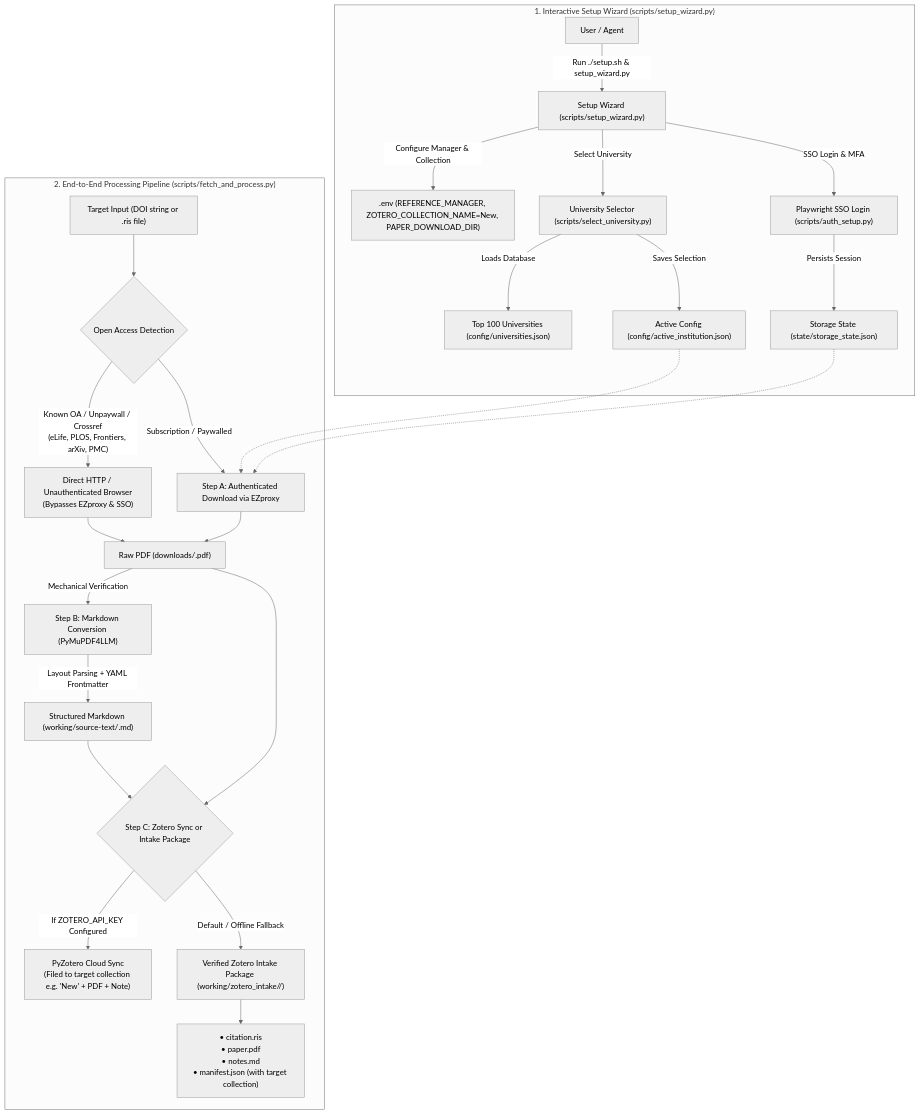
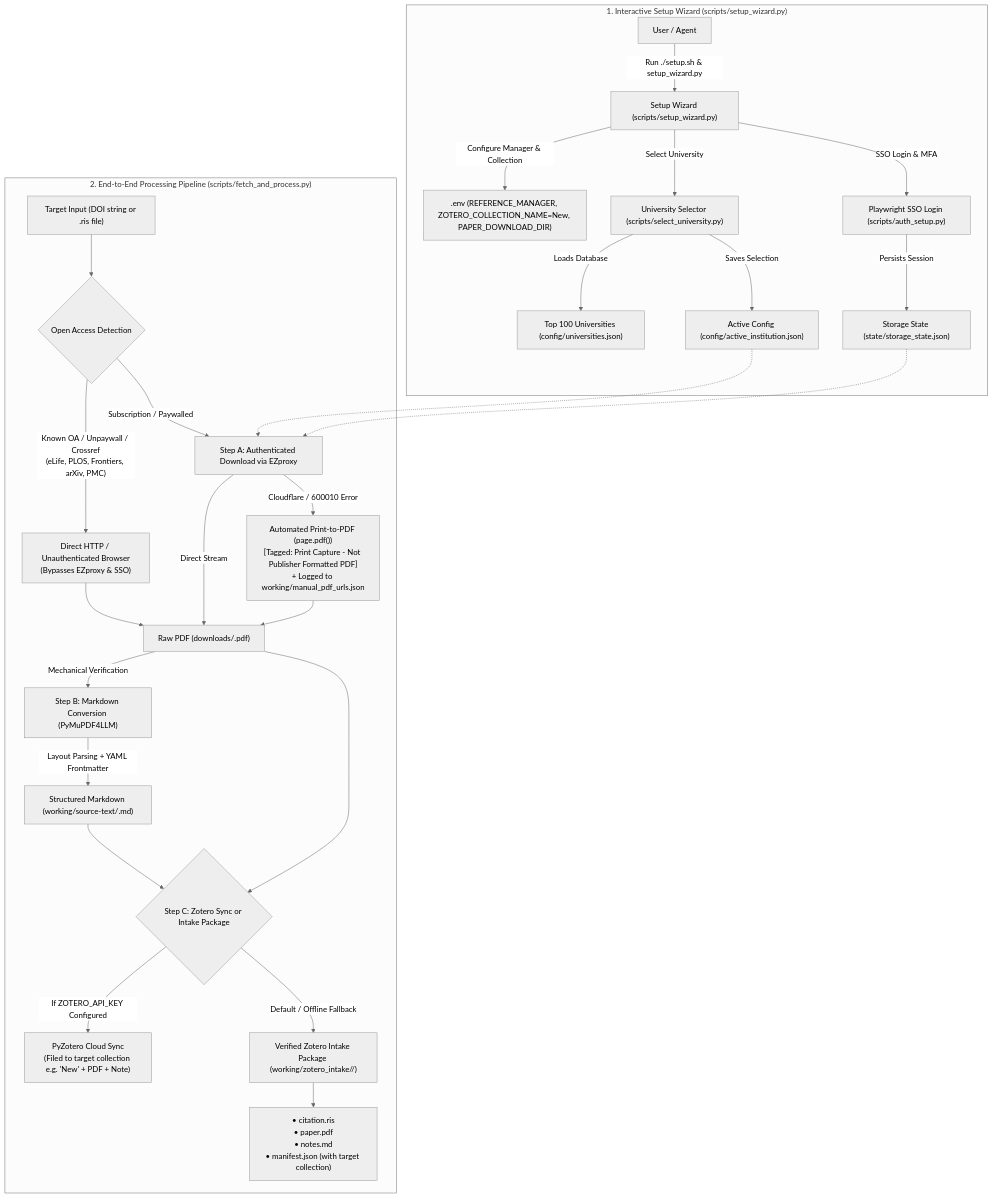
One commit to lgarbar/literature-research-skills changed the diagram in README.md. Above: the diagram before and after it, drawn with Mermaid (neutral theme). The commit also changed other lines of this file and 2 other files, not shown here.

Commit message:
feat(retrieval): add automated print-to-pdf fallback, title tagging, and manual url queue

````diff
--- a/README.md
+++ b/README.md
@@ -49,33 +49,35 @@
 ```mermaid
 flowchart TD
     subgraph Onboarding["1. Interactive Setup Wizard (scripts/setup_wizard.py)"]
         User["User / Agent"] -->|"Run ./setup.sh & setup_wizard.py"| Wizard["Setup Wizard (scripts/setup_wizard.py)"]
         Wizard -->|"Configure Manager & Collection"| EnvConfig[".env (REFERENCE_MANAGER, ZOTERO_COLLECTION_NAME=New, PAPER_DOWNLOAD_DIR)"]
         Wizard -->|"Select University"| Selector["University Selector (scripts/select_university.py)"]
         Selector -->|"Loads Database"| UniDB["Top 100 Universities (config/universities.json)"]
         Selector -->|"Saves Selection"| Config["Active Config (config/active_institution.json)"]
         Wizard -->|"SSO Login & MFA"| Auth["Playwright SSO Login (scripts/auth_setup.py)"]
         Auth -->|"Persists Session"| SessionState["Storage State (state/storage_state.json)"]
     end
 
     subgraph Pipeline["2. End-to-End Processing Pipeline (scripts/fetch_and_process.py)"]
         Input["Target Input (DOI string or .ris file)"] --> OADetect{"Open Access Detection"}
         OADetect -->|"Known OA / Unpaywall / Crossref\n(eLife, PLOS, Frontiers, arXiv, PMC)"| DirectHTTP["Direct HTTP / Unauthenticated Browser\n(Bypasses EZproxy & SSO)"]
         OADetect -->|"Subscription / Paywalled"| StepA["Step A: Authenticated Download via EZproxy"]
         Config -.-> StepA
         SessionState -.-> StepA
         
         DirectHTTP --> RawPDF["Raw PDF (downloads/<doi>.pdf)"]
-        StepA --> RawPDF
+        StepA -->|"Direct Stream"| RawPDF
+        StepA -->|"Cloudflare / 600010 Error"| PrintPDF["Automated Print-to-PDF (page.pdf())\n[Tagged: Print Capture - Not Publisher Formatted PDF]\n+ Logged to working/manual_pdf_urls.json"]
+        PrintPDF --> RawPDF
         
         RawPDF -->|"Mechanical Verification"| StepB["Step B: Markdown Conversion (PyMuPDF4LLM)"]
         StepB -->|"Layout Parsing + YAML Frontmatter"| SourceMD["Structured Markdown (working/source-text/<doi>.md)"]
         
         SourceMD --> StepC{"Step C: Zotero Sync or Intake Package"}
         RawPDF --> StepC
         
         StepC -->|"If ZOTERO_API_KEY Configured"| ZoteroCloud["PyZotero Cloud Sync\n(Filed to target collection e.g. 'New' + PDF + Note)"]
         StepC -->|"Default / Offline Fallback"| IntakePkg["Verified Zotero Intake Package (working/zotero_intake/<doi>/)"]
         IntakePkg --> IntakeFiles["• citation.ris\n• paper.pdf\n• notes.md\n• manifest.json (with target collection)"]
     end
 ```
````
